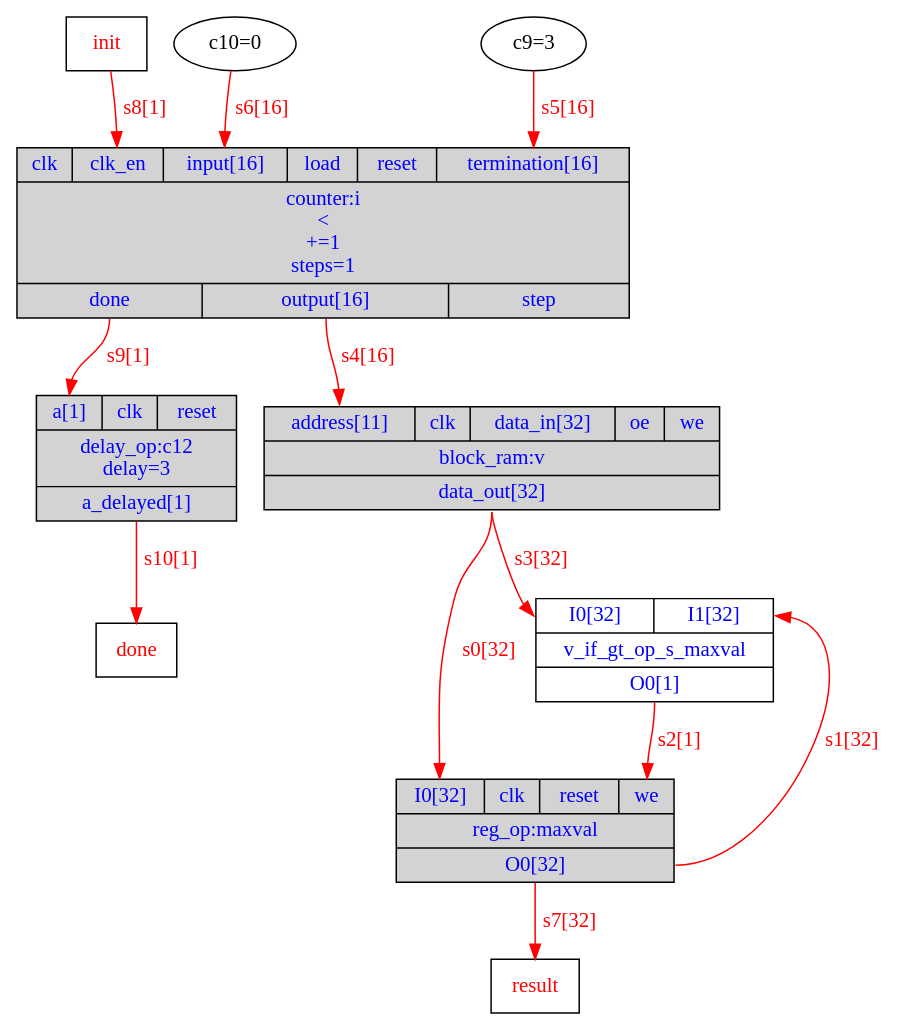
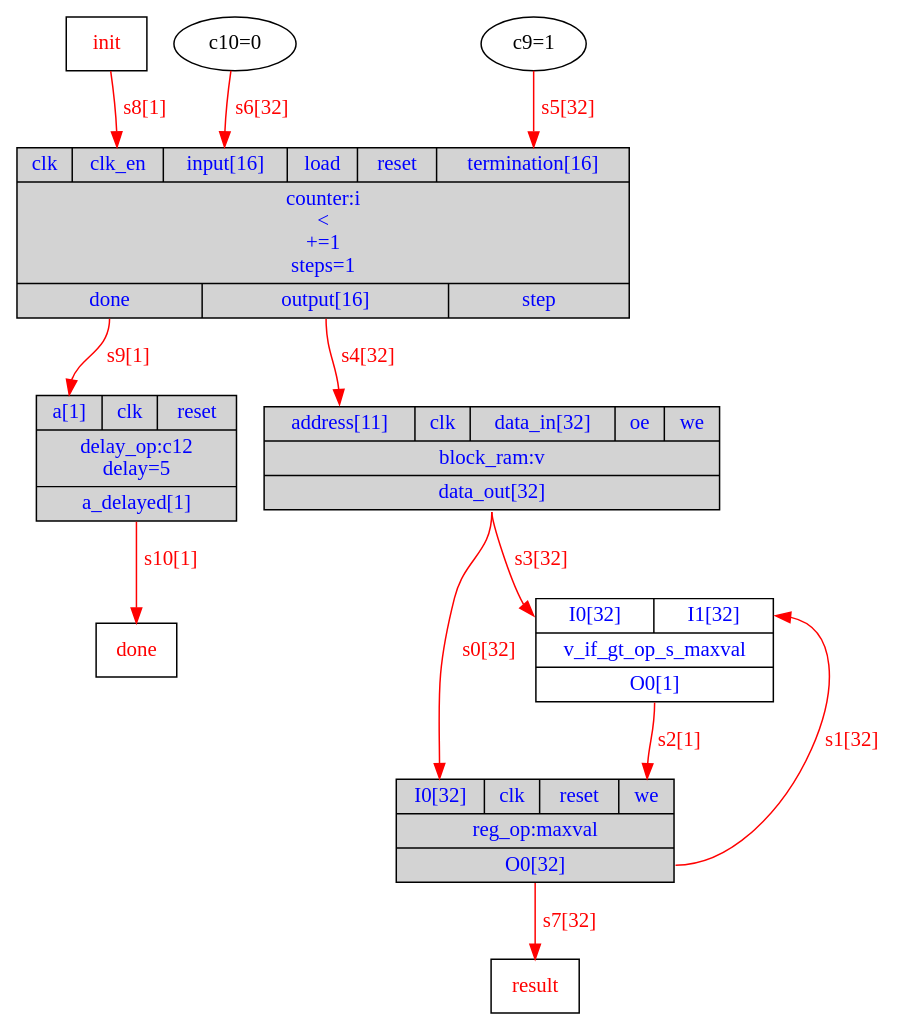
Before and after one commit to menotti/lalp: the diagram in branches/LALPC/Exemplos/max/DOT/Exemplo_HW.dot, drawn with Graphviz. The commit also changed 75 other files, not shown here.

```diff
--- a/branches/LALPC/Exemplos/max/DOT/Exemplo_HW.dot
+++ b/branches/LALPC/Exemplos/max/DOT/Exemplo_HW.dot
@@ -1,20 +1,20 @@
 digraph diagram {
 // Components (Nodes) 
 "i" [shape=record, fontcolor=blue, style="filled", fillcolor="lightgray", label="{{<clk>clk|<clk_en>clk_en|<input>input[16]|<load>load|<reset>reset|<termination>termination[16]}|counter:i\n\<\n+=1\nsteps=1|{<done>done|<output>output[16]|<step>step}}"]; 
 "v_if_gt_op_s_maxval" [shape=record, fontcolor=blue, label="{{<I0>I0[32]|<I1>I1[32]}|v_if_gt_op_s_maxval|{<O0>O0[1]}}"]; 
 "maxval" [shape=record, fontcolor=blue, style="filled", fillcolor="lightgray", label="{{<I0>I0[32]|<clk>clk|<reset>reset|<we>we}|reg_op:maxval|{<O0>O0[32]}}"]; 
 "v" [shape=record, fontcolor=blue, style="filled", fillcolor="lightgray", label="{{<address>address[11]|<clk>clk|<data_in>data_in[32]|<oe>oe|<we>we}|block_ram:v|{<data_out>data_out[32]}}"]; 
-"init" [shape=msquare fontcolor=red label="init"]"done" [shape=msquare fontcolor=red label="done"]"c9" [fontcolor=b label="c9=3"]"c10" [fontcolor=b label="c10=0"]"result" [shape=msquare fontcolor=red label="result"]"c12" [shape=record, fontcolor=blue, style="filled", fillcolor="lightgray", label="{{<a>a[1]|<clk>clk|<reset>reset}|delay_op:c12\ndelay=3|{<a_delayed>a_delayed[1]}}"]; 
+"init" [shape=msquare fontcolor=red label="init"]"done" [shape=msquare fontcolor=red label="done"]"c9" [fontcolor=b label="c9=1"]"c10" [fontcolor=b label="c10=0"]"result" [shape=msquare fontcolor=red label="result"]"c12" [shape=record, fontcolor=blue, style="filled", fillcolor="lightgray", label="{{<a>a[1]|<clk>clk|<reset>reset}|delay_op:c12\ndelay=5|{<a_delayed>a_delayed[1]}}"]; 
 // Signals (Edges) 
 "v":data_out -> "maxval":I0[label="s0[32]" color=red fontcolor=red]; 
 "maxval":O0 -> "v_if_gt_op_s_maxval":I1[label="s1[32]" color=red fontcolor=red]; 
 "v_if_gt_op_s_maxval":O0 -> "maxval":we[label="s2[1]" color=red fontcolor=red]; 
 "v":data_out -> "v_if_gt_op_s_maxval":I0[label="s3[32]" color=red fontcolor=red]; 
-"i":output -> "v":address[label="s4[16]" color=red fontcolor=red]; 
-"c9":out -> "i":termination[label="s5[16]" color=red fontcolor=red]; 
-"c10":out -> "i":input[label="s6[16]" color=red fontcolor=red]; 
+"i":output -> "v":address[label="s4[32]" color=red fontcolor=red]; 
+"c9":out -> "i":termination[label="s5[32]" color=red fontcolor=red]; 
+"c10":out -> "i":input[label="s6[32]" color=red fontcolor=red]; 
 "maxval":O0 -> "result":in[label="s7[32]" color=red fontcolor=red]; 
 "init":out -> "i":clk_en[label="s8[1]" color=red fontcolor=red]; 
 "i":done -> "c12":a[label="s9[1]" color=red fontcolor=red]; 
 "c12":a_delayed -> "done":in[label="s10[1]" color=red fontcolor=red]; 
 }
```
